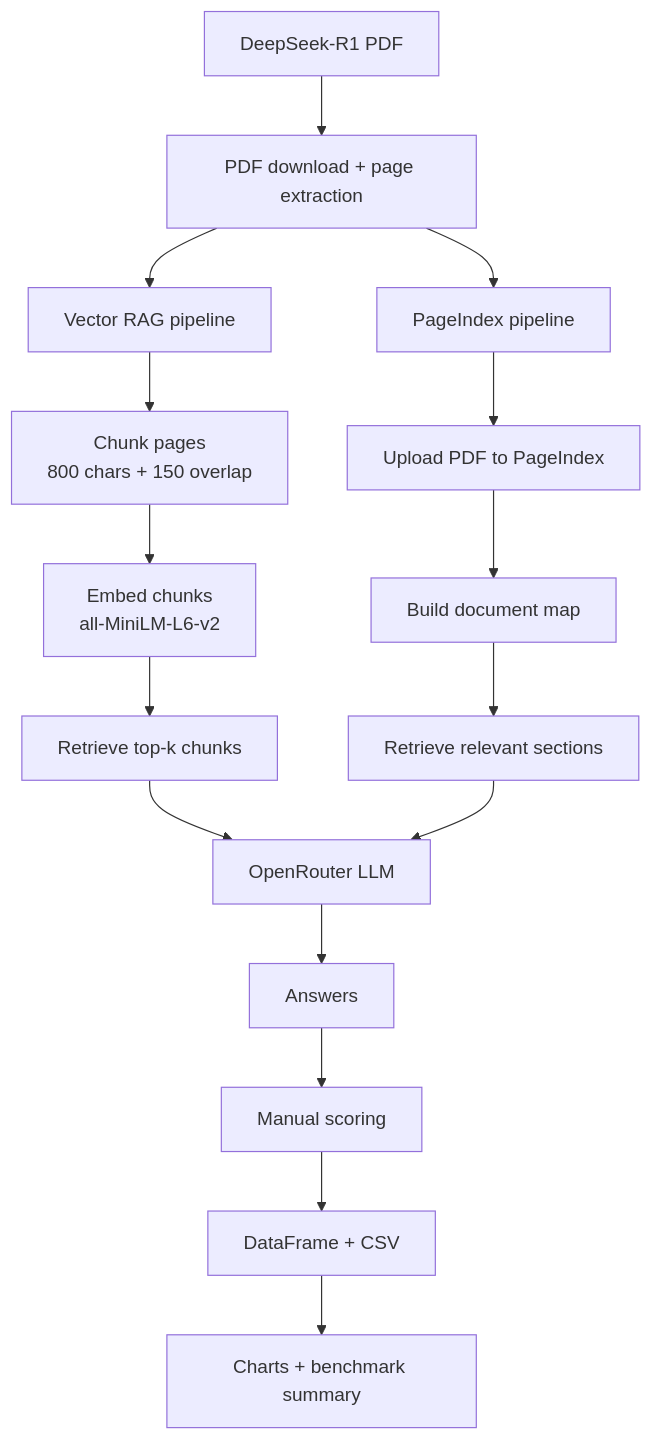
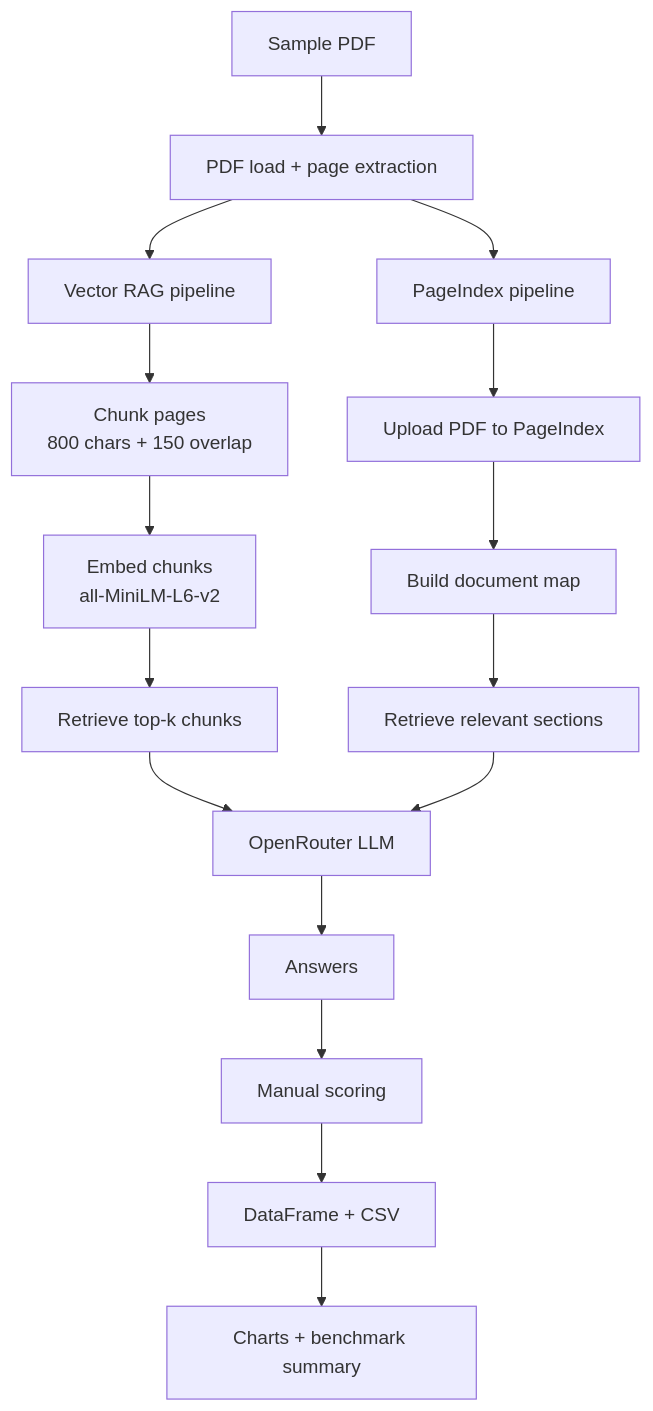
One commit to Abhay229/rag-shootout changed the diagram in README.md. Above: the diagram before and after it, drawn with Mermaid. The commit also changed other lines of this file and 4 other files, not shown here.

Commit message:
Improve execution speed by reducing sample PDF size

````diff
--- a/README.md
+++ b/README.md
@@ -36,21 +36,21 @@
 ```mermaid
 flowchart TD
-    A[DeepSeek-R1 PDF] --> B[PDF download + page extraction]
+    A[Sample PDF] --> B[PDF load + page extraction]
     B --> C[Vector RAG pipeline]
     B --> D[PageIndex pipeline]
 
     C --> C1[Chunk pages<br/>800 chars + 150 overlap]
     C1 --> C2[Embed chunks<br/>all-MiniLM-L6-v2]
     C2 --> C3[Retrieve top-k chunks]
     C3 --> E[OpenRouter LLM]
 
     D --> D1[Upload PDF to PageIndex]
     D1 --> D2[Build document map]
     D2 --> D3[Retrieve relevant sections]
     D3 --> E
 
     E --> F[Answers]
     F --> G[Manual scoring]
     G --> H[DataFrame + CSV]
     H --> I[Charts + benchmark summary]
 ```
````
